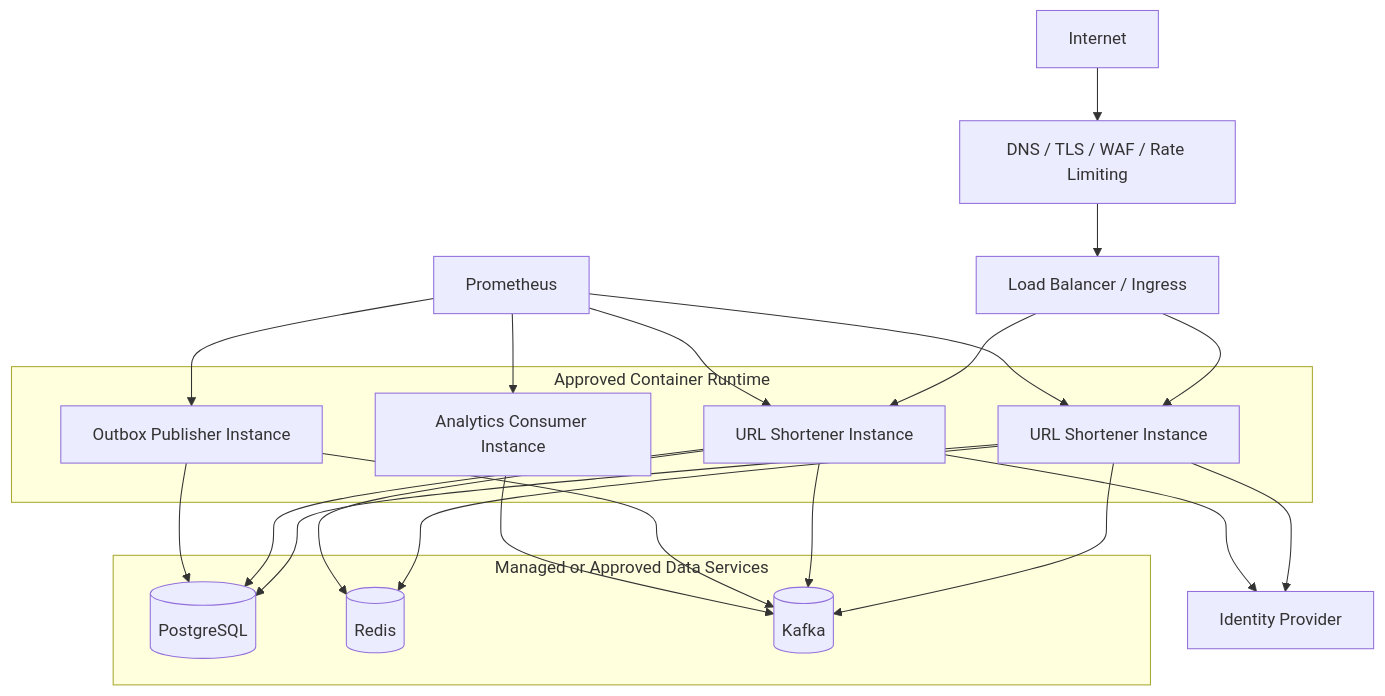
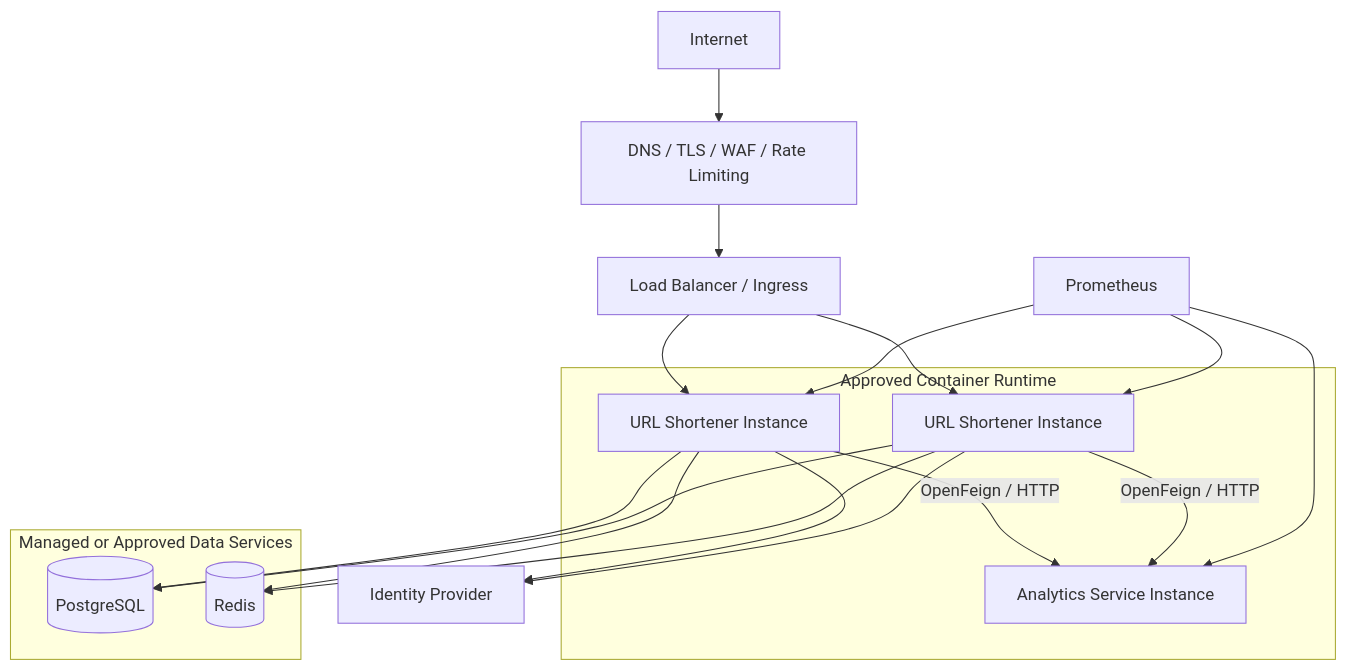
Before and after one commit to vivekkumarr415-eng/URLShortner_AI_Proficient: the sixth of 7 diagrams in url-shortener/docs/Architecture.md, drawn with Mermaid. The commit also changed other lines of this file and 29 other files, not shown here.

````diff
--- a/url-shortener/docs/Architecture.md
+++ b/url-shortener/docs/Architecture.md
@@ -242,41 +230,35 @@
 ```mermaid
 flowchart TB
     Internet[Internet]
     Edge[DNS / TLS / WAF / Rate Limiting]
     LB[Load Balancer / Ingress]
 
     subgraph Runtime[Approved Container Runtime]
         A1[URL Shortener Instance]
         A2[URL Shortener Instance]
-        C1[Analytics Consumer Instance]
-        P1[Outbox Publisher Instance]
+        AN1[Analytics Service Instance]
     end
 
     subgraph Data[Managed or Approved Data Services]
         PG[(PostgreSQL)]
         R[(Redis)]
-        K[(Kafka)]
     end
 
     Prom[Prometheus]
     IdP[Identity Provider]
 
     Internet --> Edge --> LB
     LB --> A1
     LB --> A2
     A1 --> PG
     A2 --> PG
     A1 --> R
     A2 --> R
-    A1 --> K
-    A2 --> K
-    P1 --> PG
-    P1 --> K
-    C1 --> K
+    A1 -->|OpenFeign / HTTP| AN1
+    A2 -->|OpenFeign / HTTP| AN1
     A1 --> IdP
     A2 --> IdP
     Prom --> A1
     Prom --> A2
-    Prom --> C1
-    Prom --> P1
+    Prom --> AN1
 ```
````
